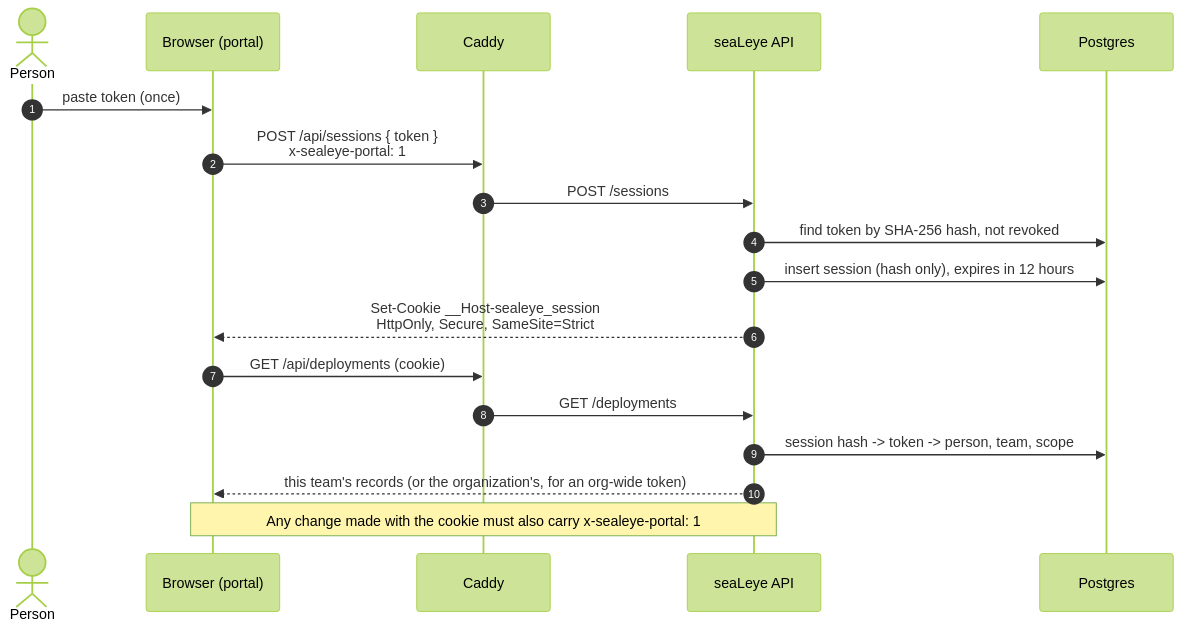
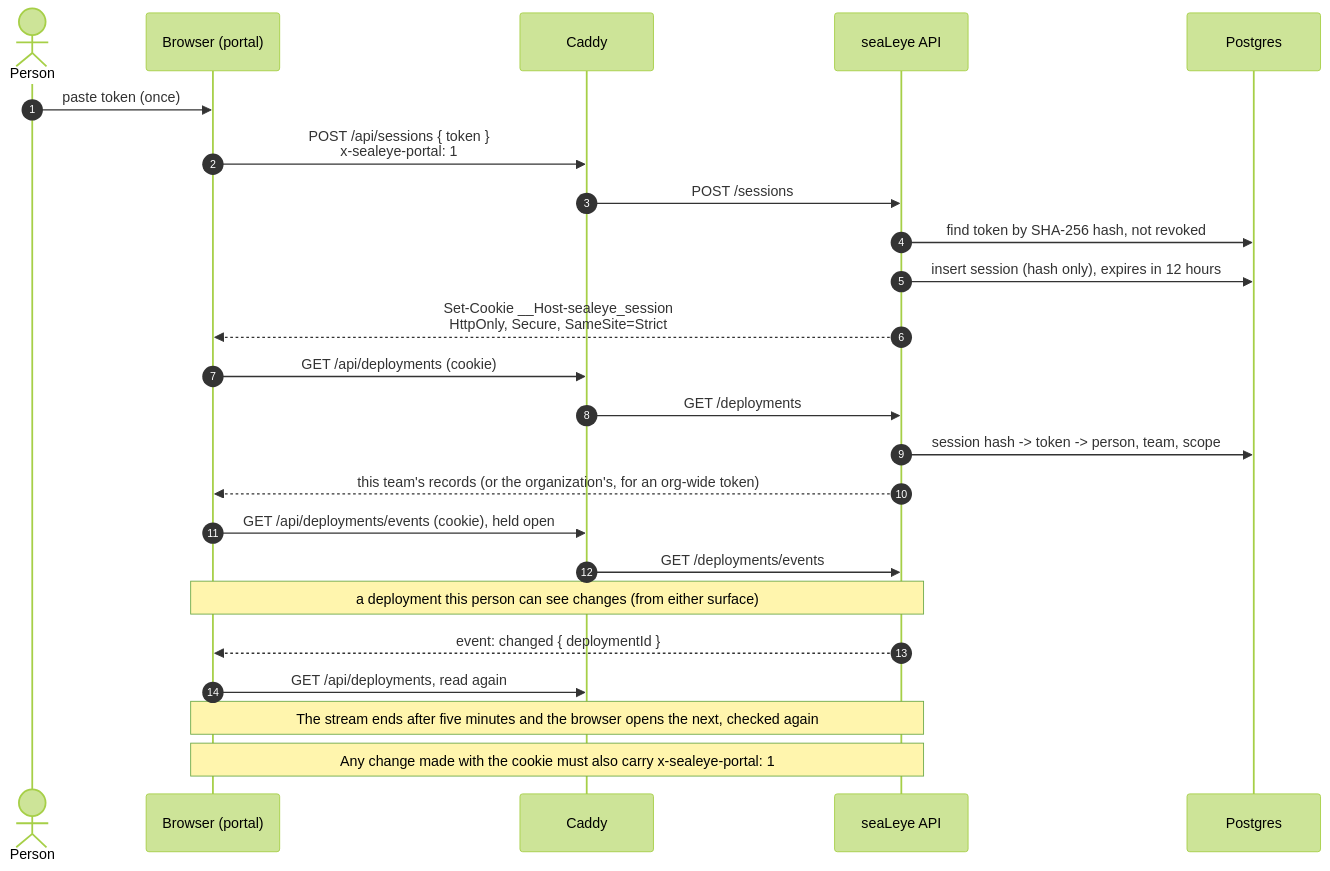
The seventh of 12 diagrams in docs/ARCHITECTURE.md (GregKliewer/sealeye), drawn with Mermaid (forest theme) before and after one commit. The commit also changed 12 other files, not shown here.

````diff
--- a/docs/ARCHITECTURE.md
+++ b/docs/ARCHITECTURE.md
@@ -367,21 +367,27 @@
 ```mermaid
 sequenceDiagram
   autonumber
   actor P as Person
   participant B as Browser (portal)
   participant C as Caddy
   participant API as seaLeye API
   participant DB as Postgres
 
   P->>B: paste token (once)
   B->>C: POST /api/sessions { token }<br/>x-sealeye-portal: 1
   C->>API: POST /sessions
   API->>DB: find token by SHA-256 hash, not revoked
   API->>DB: insert session (hash only), expires in 12 hours
   API-->>B: Set-Cookie __Host-sealeye_session<br/>HttpOnly, Secure, SameSite=Strict
   B->>C: GET /api/deployments (cookie)
   C->>API: GET /deployments
   API->>DB: session hash -> token -> person, team, scope
   API-->>B: this team's records (or the organization's, for an org-wide token)
+  B->>C: GET /api/deployments/events (cookie), held open
+  C->>API: GET /deployments/events
+  Note over B,API: a deployment this person can see changes (from either surface)
+  API-->>B: event: changed { deploymentId }
+  B->>C: GET /api/deployments, read again
+  Note over B,API: The stream ends after five minutes and the browser opens the next, checked again
   Note over B,API: Any change made with the cookie must also carry x-sealeye-portal: 1
 ```
````
